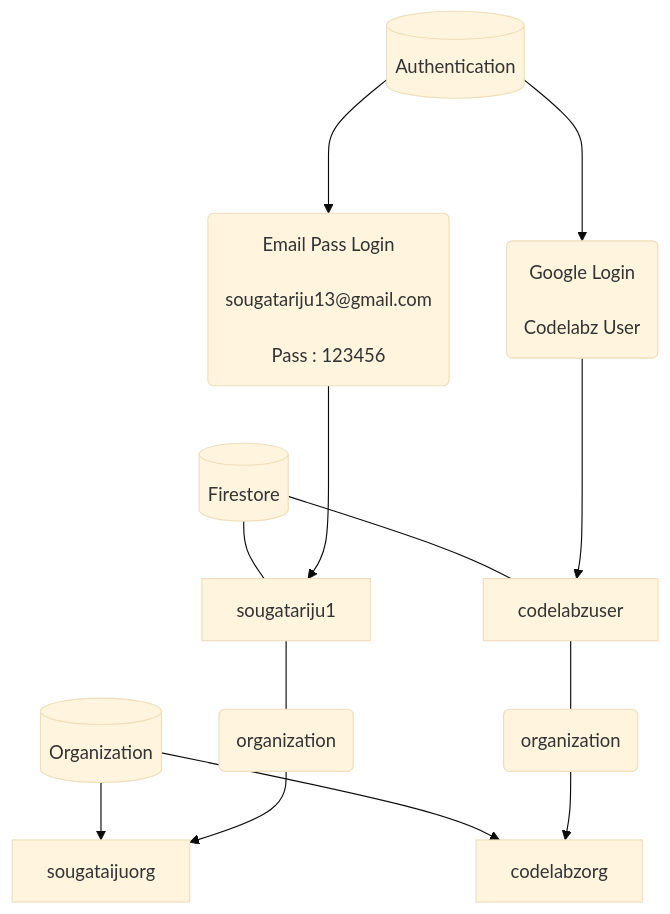
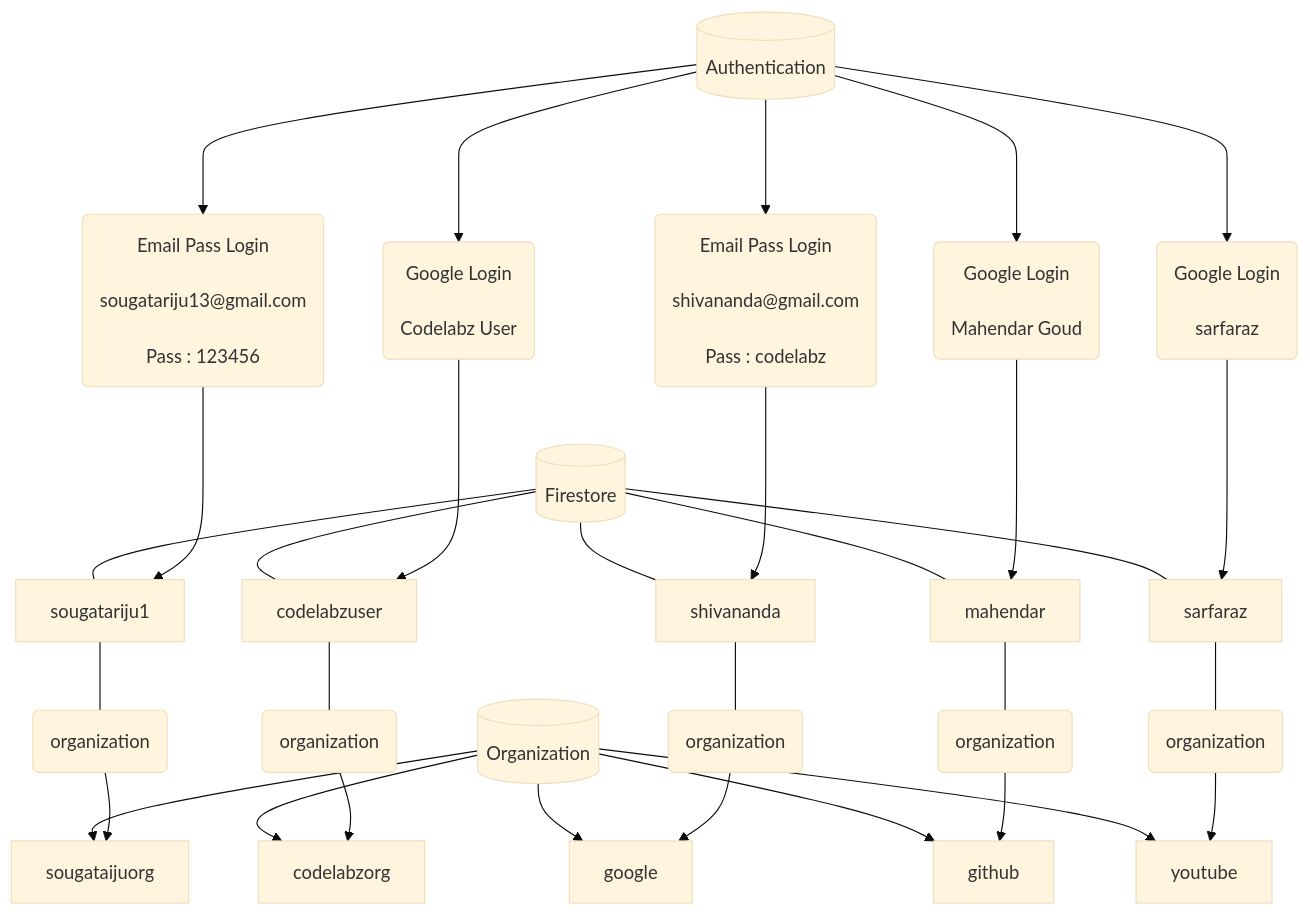
The diagram in README.md (scorelab/Codelabz), drawn with Mermaid (base theme) before and after one commit. The commit also changed other lines of this file and 7 other files, not shown here.

````diff
--- a/README.md
+++ b/README.md
@@ -136,11 +141,26 @@
 ```mermaid
 flowchart TB
      sougatarmail("Email Pass Login \n \n sougatariju13@gmail.com \n\n Pass : 123456 ")
     codelabzusermail("Google Login \n \n Codelabz User")
+    shivanandamail("Email Pass Login \n \n shivananda@gmail.com \n\n Pass : codelabz ")
+    mahendarmail("Google Login \n \n Mahendar Goud")
+    sarfarazmail("Google Login \n \n sarfaraz")
+
     org[(Organization)]-->sougataijuorg
     org[(Organization)]-->codelabzorg
+    org[(Organization)]-->google
+    org[(Organization)]-->github
+    org[(Organization)]-->youtube
+
     ft[(Firestore)]---sougatariju1---id1(organization)-->sougataijuorg
     ft[(Firestore)]---codelabzuser---id2(organization)-->codelabzorg
+    ft[(Firestore)]---shivananda---id3(organization)-->google
+    ft[(Firestore)]---mahendar---id4(organization)-->github
+    ft[(Firestore)]---sarfaraz---id5(organization)-->youtube
+
     auth[(Authentication)]--->sougatarmail--->sougatariju1
     auth[(Authentication)]--->codelabzusermail--->codelabzuser
+    auth[(Authentication)]--->shivanandamail--->shivananda
+    auth[(Authentication)]--->mahendarmail--->mahendar
+    auth[(Authentication)]--->sarfarazmail--->sarfaraz
 ```
````
